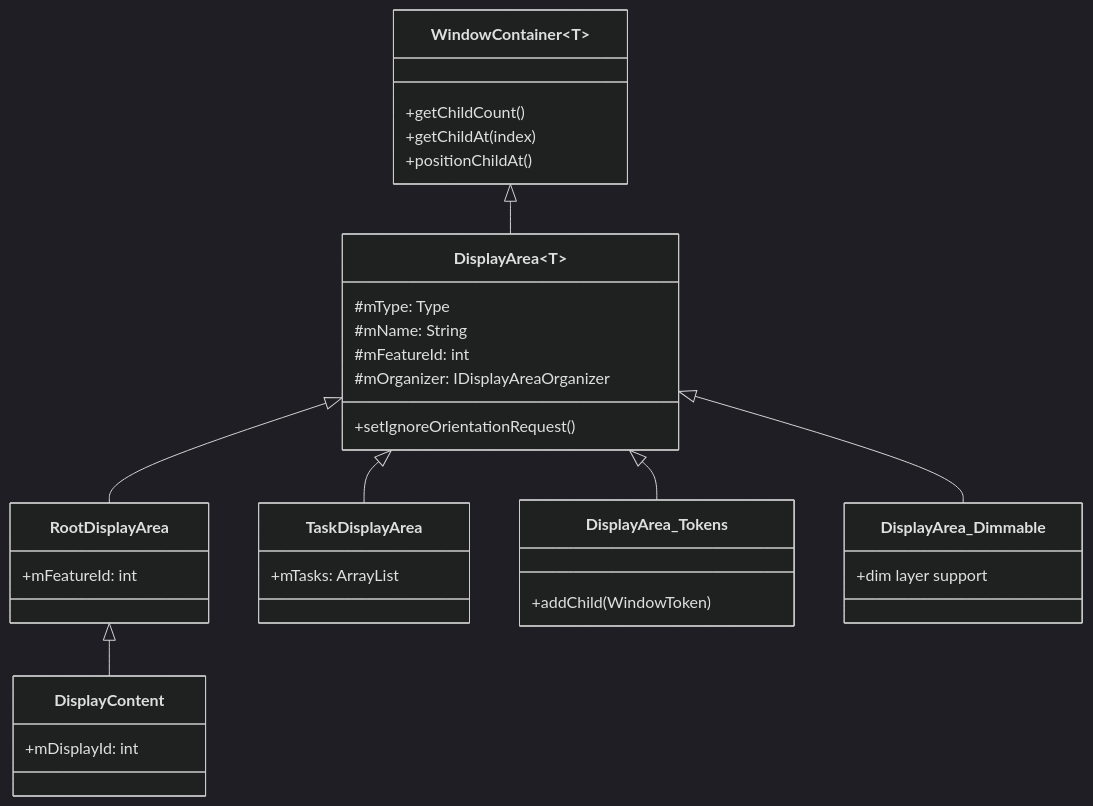
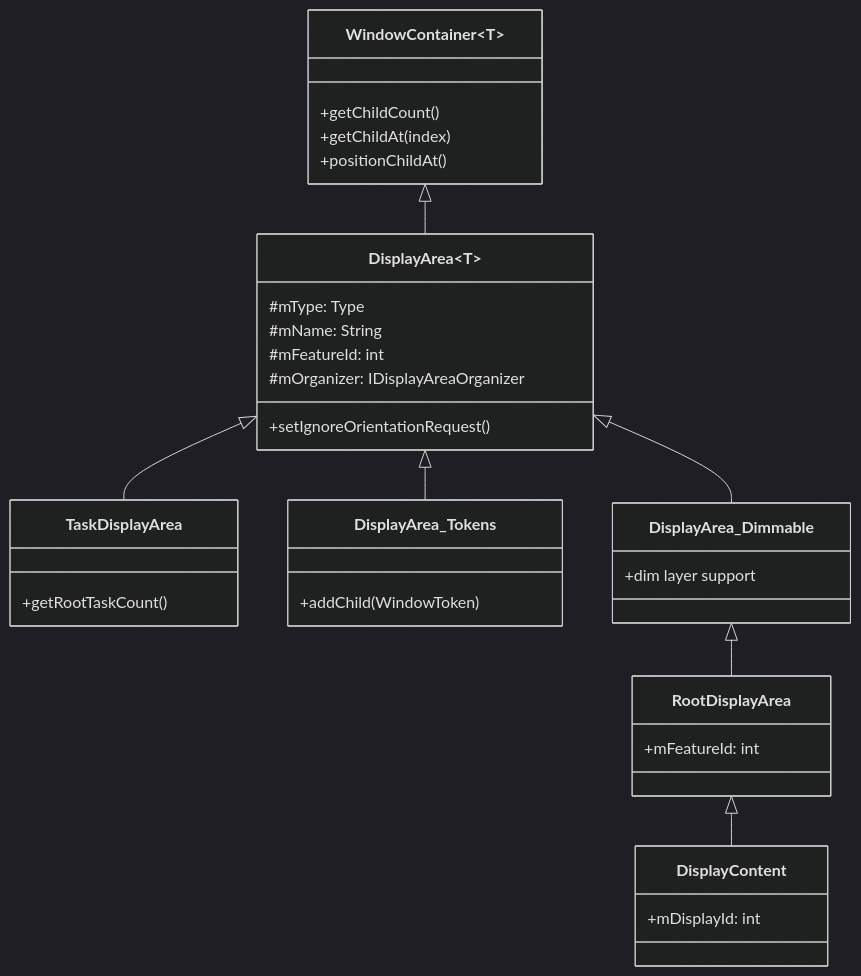
Before and after one commit to aospbooks/aosp-internal-book: the sixth of 43 diagrams in agents/claude/skills/aosp-framework-core/24-display-system.md, drawn with Mermaid (dark theme). The commit also changed other lines of this file and 218 other files, not shown here.

````diff
--- a/agents/claude/skills/aosp-framework-core/24-display-system.md
+++ b/agents/claude/skills/aosp-framework-core/24-display-system.md
@@ -439,43 +442,43 @@
 ```mermaid
 classDiagram
     class WindowContainer~T~ {
         +getChildCount()
         +getChildAt(index)
         +positionChildAt()
     }
 
     class DisplayArea~T~ {
         #mType: Type
         #mName: String
         #mFeatureId: int
         #mOrganizer: IDisplayAreaOrganizer
         +setIgnoreOrientationRequest()
     }
 
     class RootDisplayArea {
         +mFeatureId: int
     }
 
     class TaskDisplayArea {
-        +mTasks: ArrayList
+        +getRootTaskCount()
     }
 
     class DisplayContent {
         +mDisplayId: int
     }
 
     class DisplayArea_Tokens {
         +addChild(WindowToken)
     }
 
     class DisplayArea_Dimmable {
         +dim layer support
     }
 
     WindowContainer <|-- DisplayArea
-    DisplayArea <|-- RootDisplayArea
+    DisplayArea <|-- DisplayArea_Dimmable
+    DisplayArea_Dimmable <|-- RootDisplayArea
     DisplayArea <|-- TaskDisplayArea
     RootDisplayArea <|-- DisplayContent
     DisplayArea <|-- DisplayArea_Tokens
-    DisplayArea <|-- DisplayArea_Dimmable
 ```
````
